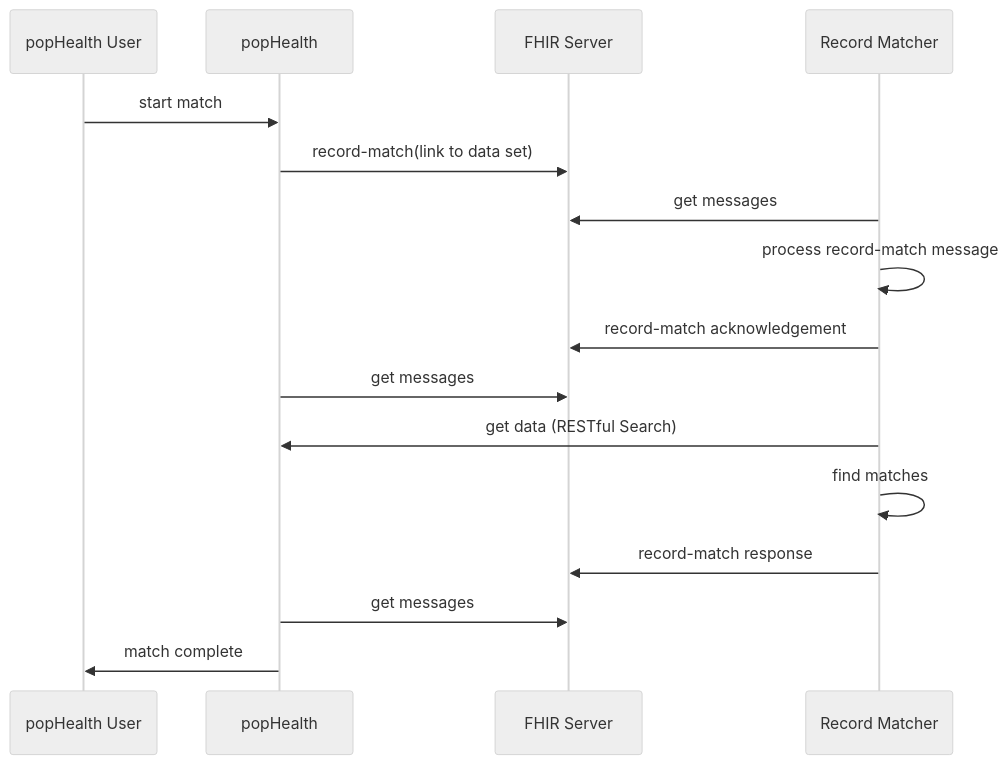
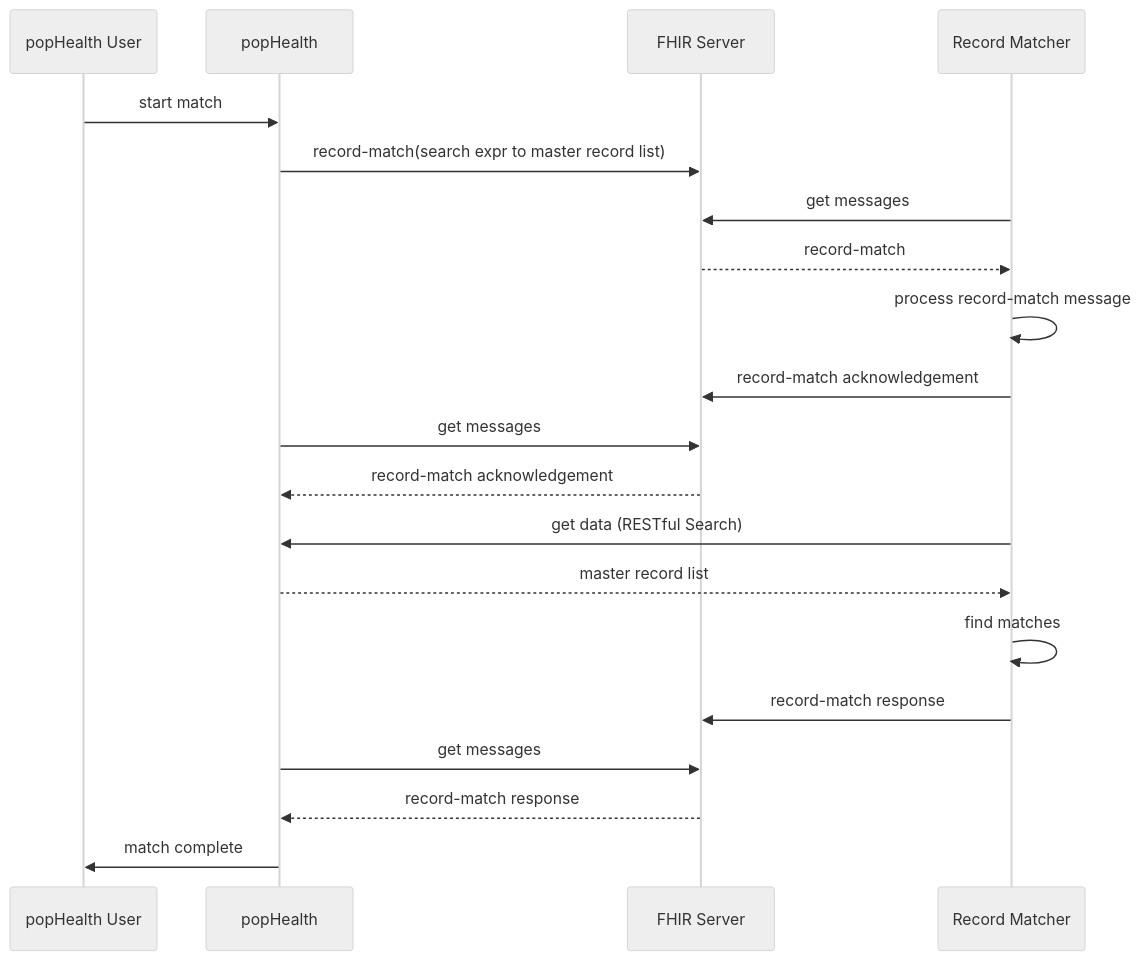
Before and after one commit to mitre/test-harness-interface: the second of 2 diagrams in popHealthRecordMatchInterface.md, drawn with Mermaid (neutral theme). The commit also changed other lines of this file and 1 other file, not shown here.

Commit message:
Replace image of second sequence diagram with mermaid code

````diff
--- a/popHealthRecordMatchInterface.md
+++ b/popHealthRecordMatchInterface.md
@@ -274,14 +274,18 @@
-```mermaid
+{% mermaid %}
 sequenceDiagram
 popHealth User->>popHealth: start match
-popHealth->>FHIR Server: record-match(link to data set)
+popHealth->>FHIR Server: record-match(search expr to master record list)
 Record Matcher->>FHIR Server: get messages
+FHIR Server-->>Record Matcher: record-match
 Record Matcher->>Record Matcher: process record-match message
 Record Matcher->>FHIR Server: record-match acknowledgement
 popHealth->>FHIR Server: get messages
+FHIR Server-->>popHealth: record-match acknowledgement
 Record Matcher->>popHealth: get data (RESTful Search)
+popHealth-->>Record Matcher: master record list
 Record Matcher->>Record Matcher:find matches
 Record Matcher->>FHIR Server: record-match response
 popHealth->>FHIR Server: get messages
+FHIR Server-->>popHealth: record-match response
 popHealth->>popHealth User: match complete
-```
+{% endmermaid %}
````
